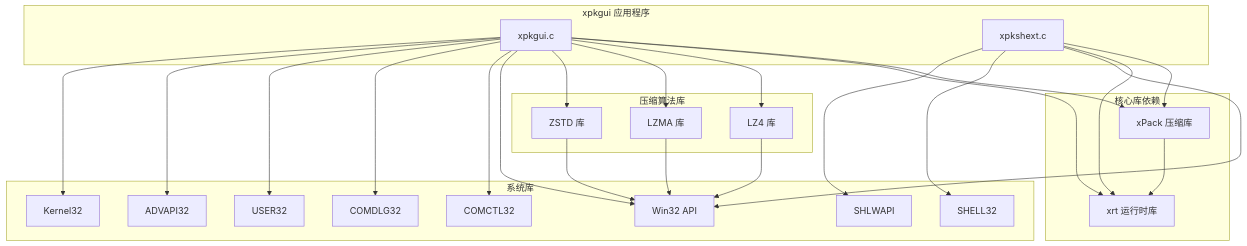
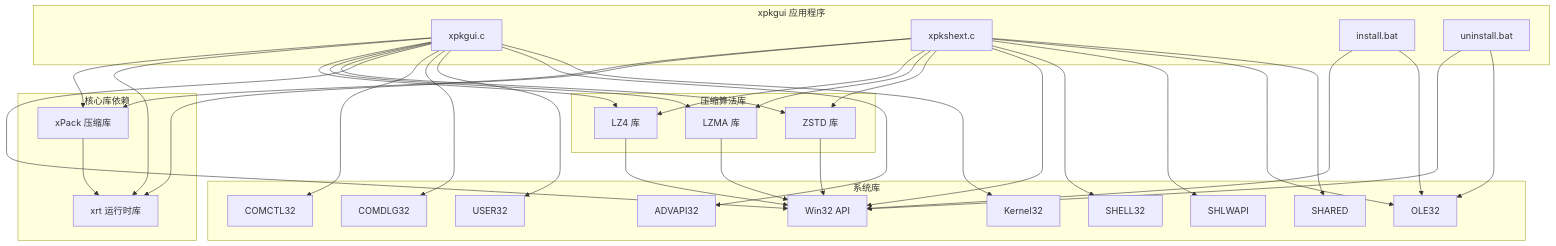
One commit to xywhsoft/xpack changed diagram 12 of 14 in .qoder/repowiki/zh/content/开发者指南/xpkgui 图形界面工具.md. Above: the diagram before and after it, drawn with Mermaid. The commit also changed other lines of this file and 6 other files, not shown here.

````diff
--- a/.qoder/repowiki/zh/content/开发者指南/xpkgui 图形界面工具.md
+++ b/.qoder/repowiki/zh/content/开发者指南/xpkgui 图形界面工具.md
@@ -601,46 +827,59 @@
 ```mermaid
 graph TB
 subgraph "xpkgui 应用程序"
 A[xpkgui.c]
 B[xpkshext.c]
+C[install.bat]
+D[uninstall.bat]
 end
 subgraph "核心库依赖"
-C[xPack 压缩库]
-D[xrt 运行时库]
+E[xPack 压缩库]
+F[xrt 运行时库]
 end
 subgraph "压缩算法库"
-E[LZ4 库]
-F[LZMA 库]
-G[ZSTD 库]
+G[LZ4 库]
+H[LZMA 库]
+I[ZSTD 库]
 end
 subgraph "系统库"
-H[Win32 API]
-I[COMCTL32]
-J[COMDLG32]
-K[SHELL32]
-L[SHLWAPI]
-M[USER32]
-N[ADVAPI32]
-O[Kernel32]
+J[Win32 API]
+K[COMCTL32]
+L[COMDLG32]
+M[SHELL32]
+N[SHLWAPI]
+O[USER32]
+P[ADVAPI32]
+Q[Kernel32]
+R[OLE32]
+S[SHARED]
 end
-A --> C
-A --> D
 A --> E
 A --> F
 A --> G
-B --> C
-B --> D
-B --> H
-B --> K
-B --> L
 A --> H
 A --> I
+B --> E
+B --> F
+B --> G
+B --> H
+B --> I
+B --> J
+B --> M
+B --> N
+B --> R
+B --> S
+C --> J
+C --> R
+D --> J
+D --> R
 A --> J
-A --> M
-A --> N
+A --> K
+A --> L
 A --> O
-C --> D
-E --> H
-F --> H
-G --> H
+A --> P
+A --> Q
+E --> F
+G --> J
+H --> J
+I --> J
 ```
````
